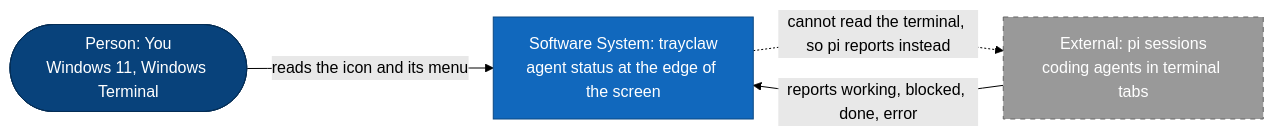
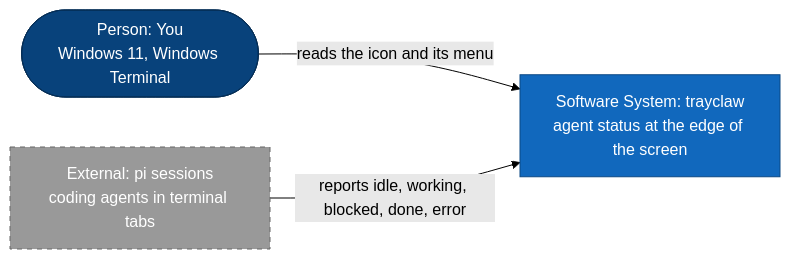
Before and after one commit to ypyl/picadence: the first of 2 diagrams in ARCHITECTURE.md, drawn with Mermaid (forest theme). The commit also changed other lines of this file and 23 other files, not shown here.

````diff
--- a/ARCHITECTURE.md
+++ b/ARCHITECTURE.md
@@ -10,20 +10,19 @@
 ```mermaid
 flowchart LR
   user(["Person: You<br/>Windows 11, Windows Terminal"])
 
   system["Software System: trayclaw<br/>agent status at the edge of the screen"]
 
   pi["External: pi sessions<br/>coding agents in terminal tabs"]
 
   user -->|"reads the icon and its menu"| system
-  pi -->|"reports working, blocked, done, error"| system
-  system -.->|"cannot read the terminal, so pi reports instead"| pi
+  pi -->|"reports idle, working, blocked, done, error"| system
 
   classDef person fill:#08427B,color:#fff,stroke:#052E56
   classDef system fill:#1168BD,color:#fff,stroke:#0B4884
   classDef external fill:#999999,color:#fff,stroke:#666666,stroke-dasharray:5 5
 
   class user person
   class system system
   class pi external
 ```
````
